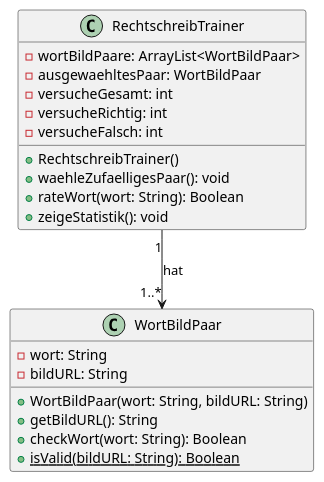
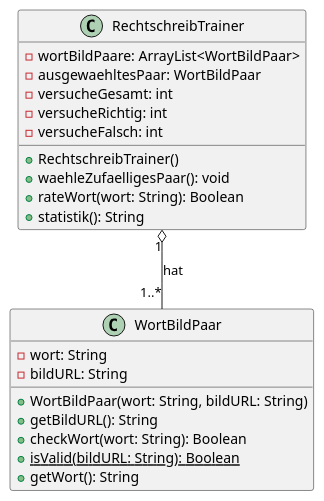
One commit to TGM-HIT/sew9-2425-worttrainer-rmartin69420 changed the diagram in src/main/java/org/rmartin/Worttrainer-UML.puml. Above: the diagram before and after it, drawn with PlantUML. The commit also changed 2 other files, not shown here.

```diff
--- a/src/main/java/org/rmartin/Worttrainer-UML.puml
+++ b/src/main/java/org/rmartin/Worttrainer-UML.puml
@@ -1,25 +1,26 @@
 @startuml
 class WortBildPaar {
   -wort: String
   -bildURL: String
   +WortBildPaar(wort: String, bildURL: String)
   +getBildURL(): String
   +checkWort(wort: String): Boolean
   {static} +isValid(bildURL: String): Boolean
+  +getWort(): String
 }
 
 class RechtschreibTrainer {
   -wortBildPaare: ArrayList<WortBildPaar>
   -ausgewaehltesPaar: WortBildPaar
   -versucheGesamt: int
   -versucheRichtig: int
   -versucheFalsch: int
   +RechtschreibTrainer()
   +waehleZufaelligesPaar(): void
   +rateWort(wort: String): Boolean
-  +zeigeStatistik(): void
+  +statistik(): String
 }
 
-RechtschreibTrainer "1" --> "1..*" WortBildPaar : hat
+RechtschreibTrainer "1" o-- "1..*" WortBildPaar : hat
 
 @enduml
```
